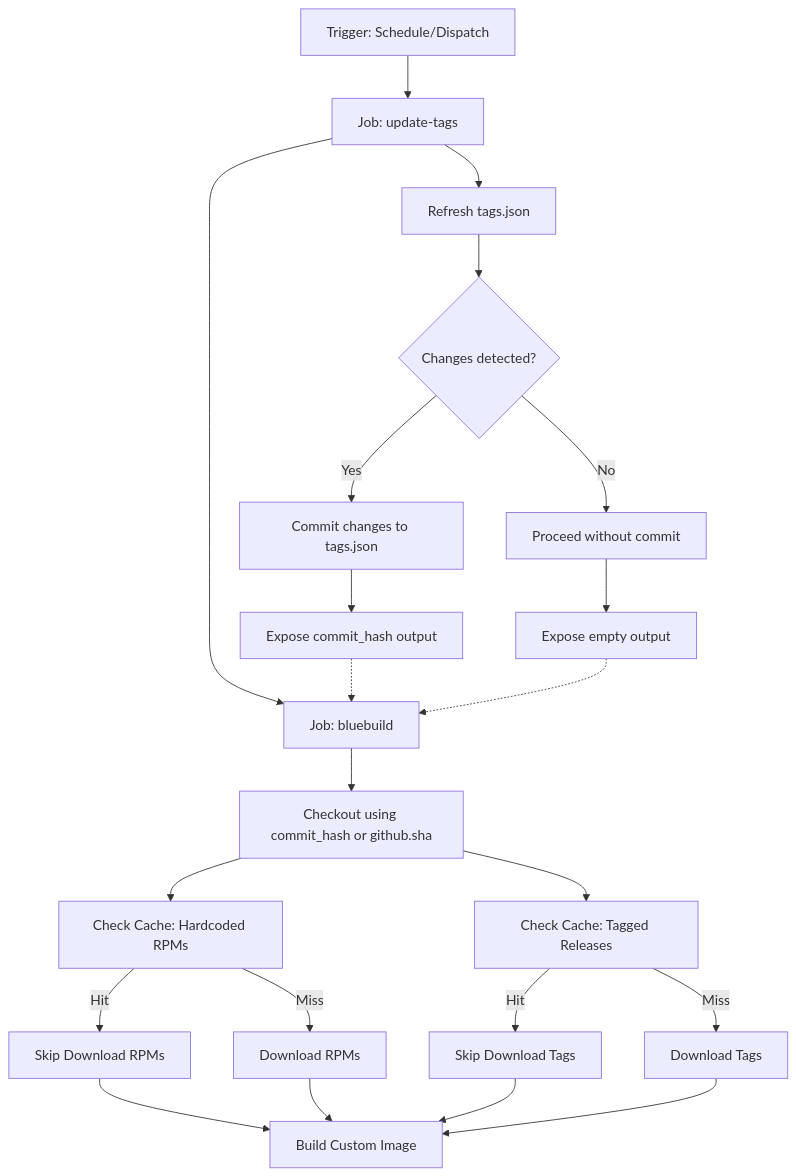
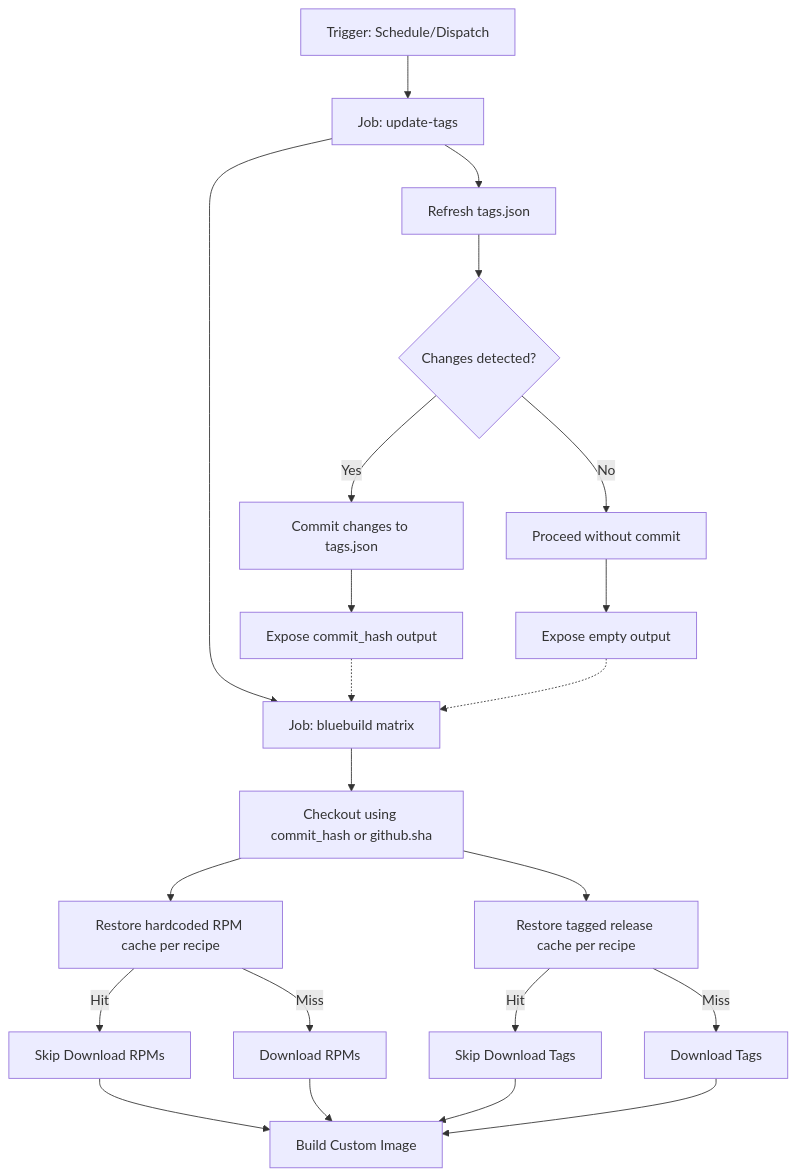
Before and after one commit to purkkis/ublue-images: the diagram in docs/github-actions-cache.md, drawn with Mermaid. The commit also changed other lines of this file and 2 other files, not shown here.

Commit message:
actions cache

````diff
--- a/docs/github-actions-cache.md
+++ b/docs/github-actions-cache.md
@@ -14,26 +16,26 @@
 ```mermaid
 graph TD
     A[Trigger: Schedule/Dispatch] --> B[Job: update-tags]
     B --> C[Refresh tags.json]
     C --> D{Changes detected?}
     D -- Yes --> E[Commit changes to tags.json]
     D -- No --> F[Proceed without commit]
     E --> G[Expose commit_hash output]
     F --> H[Expose empty output]
 
-    B --> I[Job: bluebuild]
+    B --> I[Job: bluebuild matrix]
     G -.-> I
     H -.-> I
 
     I --> J[Checkout using commit_hash or github.sha]
-    J --> K[Check Cache: Hardcoded RPMs]
-    J --> L[Check Cache: Tagged Releases]
+    J --> K[Restore hardcoded RPM cache per recipe]
+    J --> L[Restore tagged release cache per recipe]
 
     K -- Hit --> M[Skip Download RPMs]
     K -- Miss --> N[Download RPMs]
 
     L -- Hit --> O[Skip Download Tags]
     L -- Miss --> P[Download Tags]
 
     M & N & O & P --> Q[Build Custom Image]
 ```
````
